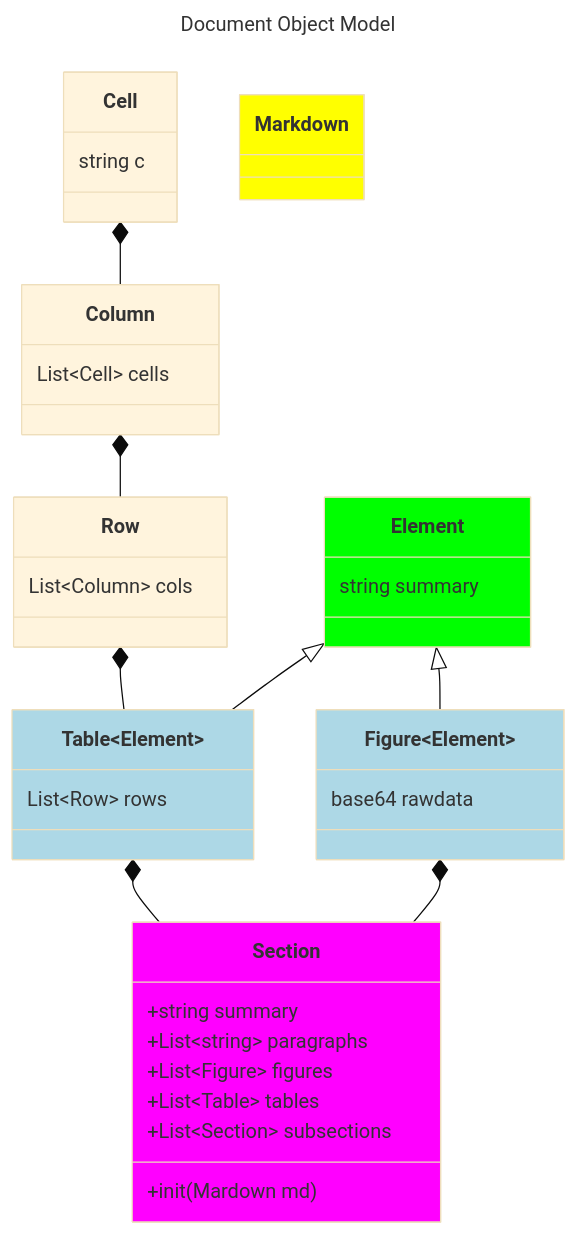
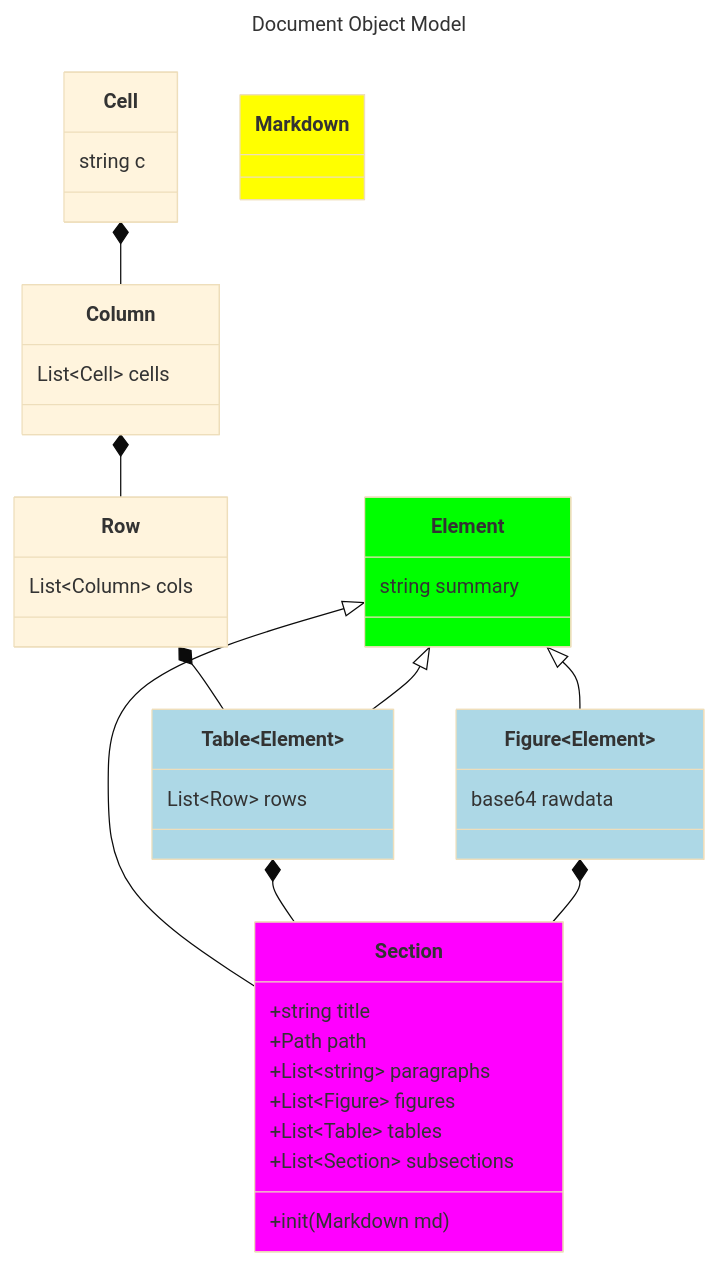
One commit to Binjian/veos_docu changed the second of 6 diagrams in ds_deployment/dom.md. Above: the diagram before and after it, drawn with Mermaid (base theme). The commit also changed other lines of this file and 36 other files, not shown here.

````diff
--- a/ds_deployment/dom.md
+++ b/ds_deployment/dom.md
@@ -4,49 +39,52 @@
 ```mermaid
 ---
 title: Document Object Model
 ---
 
 classDiagram
 class Element{
     string summary
 }
 class Figure~Element~{
     base64 rawdata
 }
 style Element fill:lime
 style Figure fill:lightblue
 Element <|-- Figure
 class Cell {
     string c
 }
 class Column {
     List~Cell~ cells
 }
 class Row {
     List~Column~ cols
 }
 class Table~Element~ {
     List~Row~ rows
 }
 Cell *-- Column
 Column *-- Row
 Row *-- Table
 Element <|-- Table
 style Table fill:lightblue
 
 class Markdown
 style Markdown fill:yellow
 
 class Section{
-    +string summary
+    +string title
+    +Path path
     +List~string~ paragraphs
     +List~Figure~ figures
     +List~Table~ tables
     +List~Section~ subsections
-    +init(Mardown md)
+    +init(Markdown md)
 }
+Element <|-- Section
 style Section fill:fuchsia
+
 
 Table *-- Section 
 Figure *-- Section 
 ```
````
